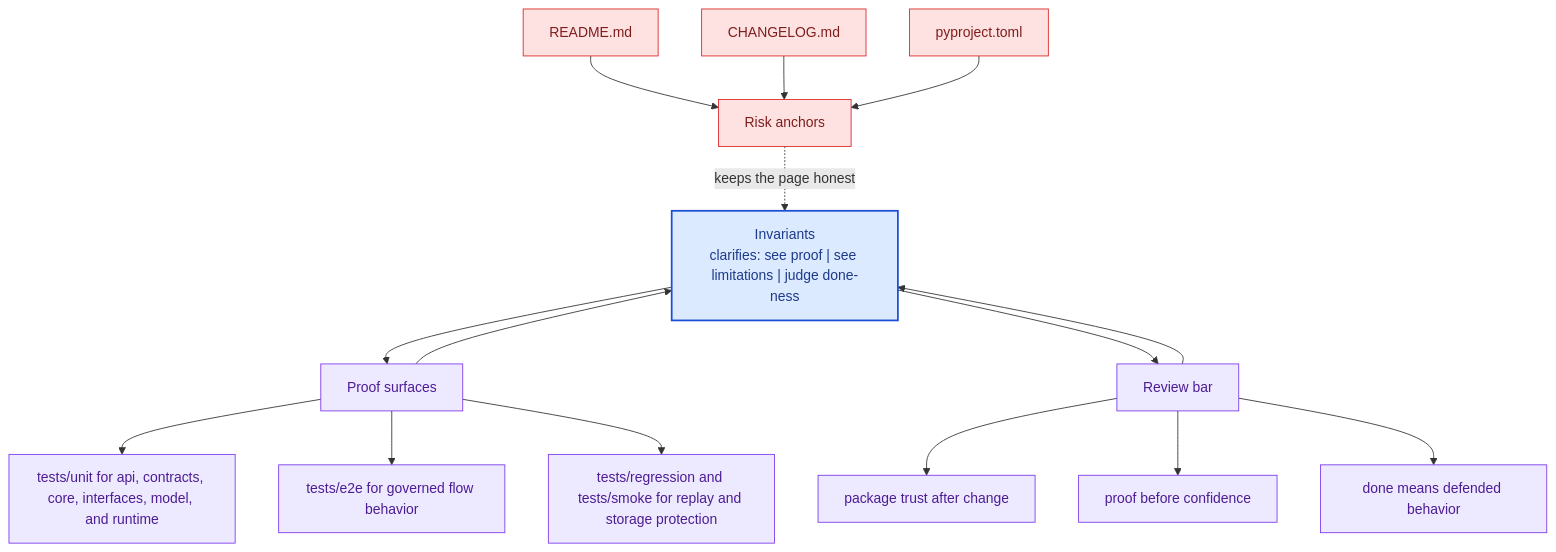
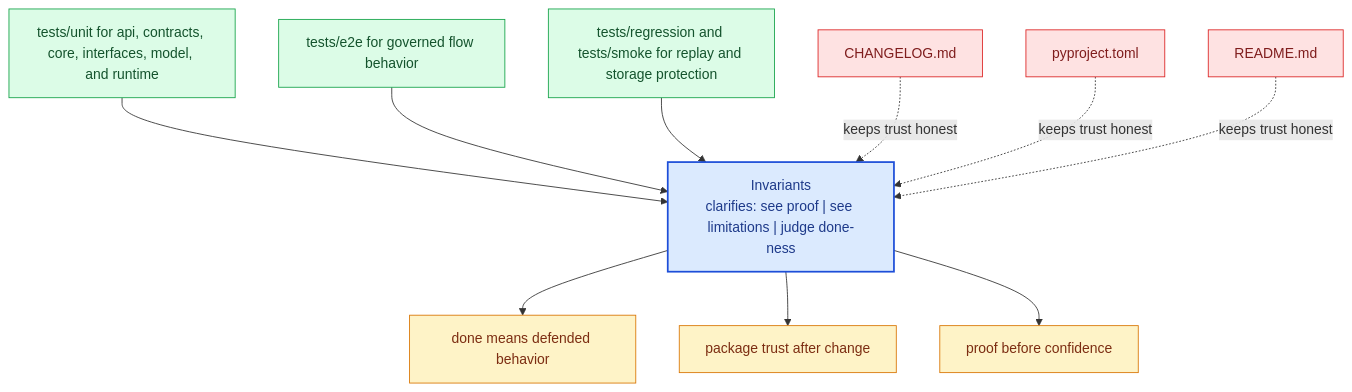
Before and after one commit to bijux/bijux-canon: the diagram in docs/bijux-canon-runtime/quality/invariants.md, drawn with Mermaid. The commit also changed other lines of this file and 281 other files, not shown here.

Commit message:
docs(diagrams): replace repeated mermaid scaffolds with page-specific summaries

````diff
--- a/docs/bijux-canon-runtime/quality/invariants.md
+++ b/docs/bijux-canon-runtime/quality/invariants.md
@@ -67,41 +22,31 @@
 ```mermaid
 flowchart TB
-    promise["Invariants<br/>clarifies: see proof | see limitations | judge done-ness"]
-    classDef promise fill:#dbeafe,stroke:#1d4ed8,color:#1e3a8a,stroke-width:2px;
-    classDef driver fill:#dcfce7,stroke:#16a34a,color:#14532d;
-    classDef constraint fill:#fee2e2,stroke:#dc2626,color:#7f1d1d;
-    classDef ground fill:#ede9fe,stroke:#7c3aed,color:#4c1d95;
-    focus1["Proof surfaces"]
-    focus1 --> promise
-    promise --> focus1
-    focus1_1["tests/unit for api, contracts, core, interfaces, model, and runtime"]
-    focus1 --> focus1_1
-    focus1_2["tests/e2e for governed flow behavior"]
-    focus1 --> focus1_2
-    focus1_3["tests/regression and tests/smoke for replay and storage protection"]
-    focus1 --> focus1_3
-    class focus1 ground;
-    class focus1_1,focus1_2,focus1_3 ground;
-    focus2["Risk anchors"]
-    focus2 -.keeps the page honest.-> promise
-    focus2_1["README.md"]
-    focus2_1 --> focus2
-    focus2_2["CHANGELOG.md"]
-    focus2_2 --> focus2
-    focus2_3["pyproject.toml"]
-    focus2_3 --> focus2
-    class focus2 constraint;
-    class focus2_1,focus2_2,focus2_3 constraint;
-    focus3["Review bar"]
-    focus3 --> promise
-    promise --> focus3
-    focus3_1["package trust after change"]
-    focus3 --> focus3_1
-    focus3_2["proof before confidence"]
-    focus3 --> focus3_2
-    focus3_3["done means defended behavior"]
-    focus3 --> focus3_3
-    class focus3 ground;
-    class focus3_1,focus3_2,focus3_3 ground;
-    class promise promise;
+    page["Invariants<br/>clarifies: see proof | see limitations | judge done-ness"]
+    classDef page fill:#dbeafe,stroke:#1d4ed8,color:#1e3a8a,stroke-width:2px;
+    classDef positive fill:#dcfce7,stroke:#16a34a,color:#14532d;
+    classDef caution fill:#fee2e2,stroke:#dc2626,color:#7f1d1d;
+    classDef anchor fill:#ede9fe,stroke:#7c3aed,color:#4c1d95;
+    classDef action fill:#fef3c7,stroke:#d97706,color:#7c2d12;
+    proof1["tests/unit for api, contracts, core, interfaces, model, and runtime"]
+    proof1 --> page
+    proof2["tests/e2e for governed flow behavior"]
+    proof2 --> page
+    proof3["tests/regression and tests/smoke for replay and storage protection"]
+    proof3 --> page
+    risk1["CHANGELOG.md"]
+    risk1 -.keeps trust honest.-> page
+    risk2["pyproject.toml"]
+    risk2 -.keeps trust honest.-> page
+    risk3["README.md"]
+    risk3 -.keeps trust honest.-> page
+    bar1["done means defended behavior"]
+    page --> bar1
+    bar2["package trust after change"]
+    page --> bar2
+    bar3["proof before confidence"]
+    page --> bar3
+    class page page;
+    class proof1,proof2,proof3 positive;
+    class risk1,risk2,risk3 caution;
+    class bar1,bar2,bar3 action;
 ```
````
